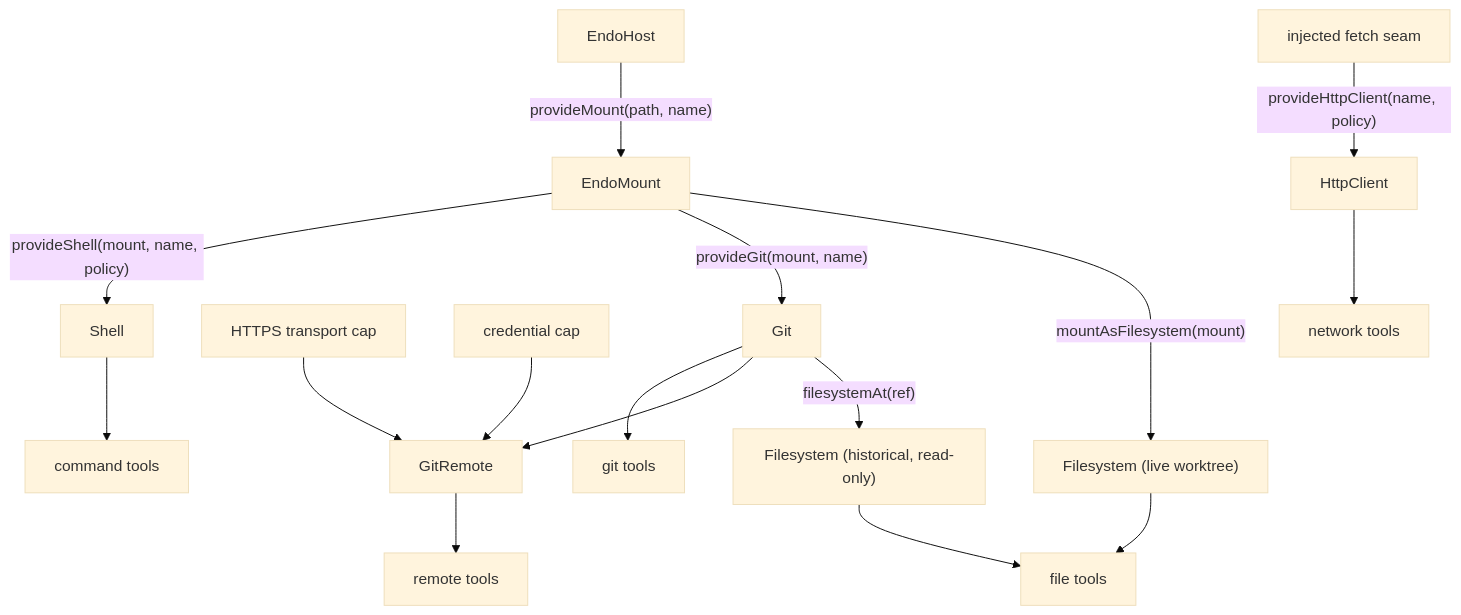
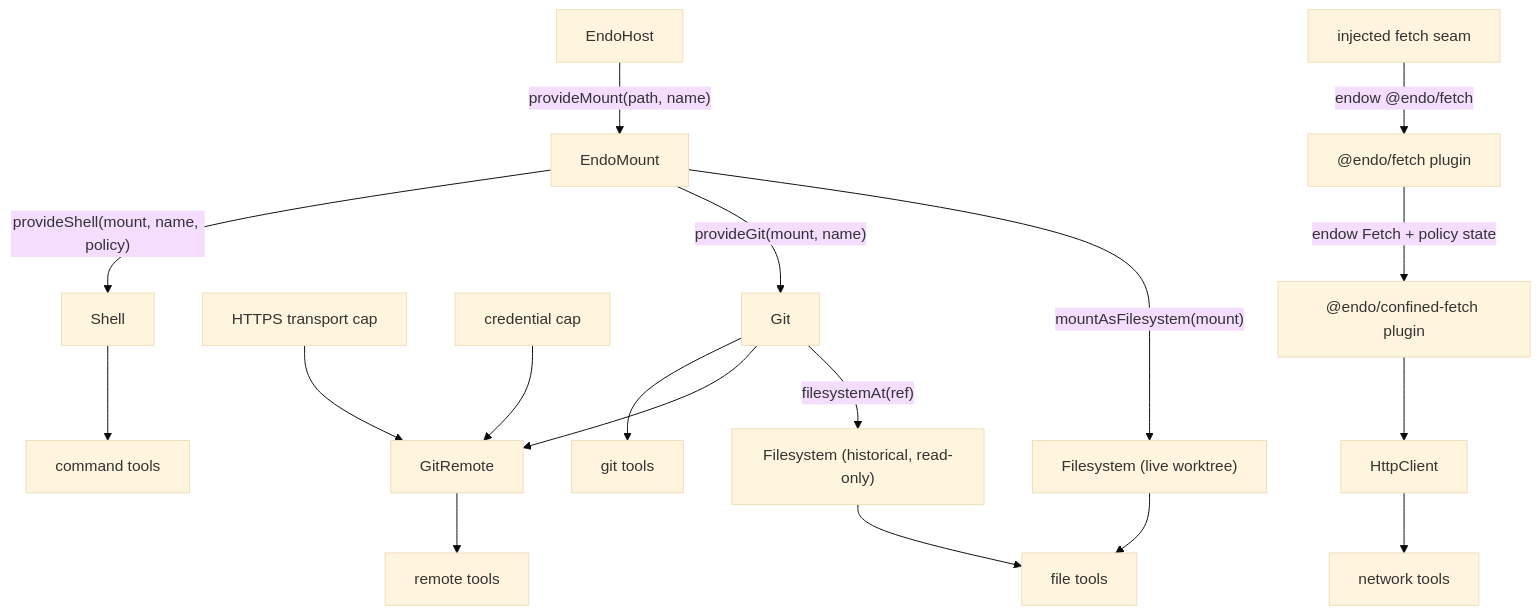
One commit to endojs/endo-but-for-bots changed the diagram in designs/daemon-agent-tools.md. Above: the diagram before and after it, drawn with Mermaid (base theme). The commit also changed other lines of this file and 1 other file, not shown here.

````diff
--- a/designs/daemon-agent-tools.md
+++ b/designs/daemon-agent-tools.md
@@ -149,18 +158,20 @@
 ```mermaid
 flowchart TD
   host["EndoHost"] -->|"provideMount(path, name)"| mount[EndoMount]
   mount -->|"mountAsFilesystem(mount)"| fs["Filesystem (live worktree)"]
   mount -->|"provideGit(mount, name)"| git[Git]
   git -->|"filesystemAt(ref)"| hfs["Filesystem (historical, read-only)"]
   git --> remote[GitRemote]
   transport["HTTPS transport cap"] --> remote
   cred["credential cap"] --> remote
   mount -->|"provideShell(mount, name, policy)"| shell[Shell]
-  fetchSeam["injected fetch seam"] -->|"provideHttpClient(name, policy)"| http[HttpClient]
+  fetchSeam["injected fetch seam"] -->|"endow @endo/fetch"| fetchPlugin["@endo/fetch plugin"]
+  fetchPlugin -->|"endow Fetch + policy state"| confinedFetch["@endo/confined-fetch plugin"]
+  confinedFetch --> http[HttpClient]
   fs --> ftools["file tools"]
   hfs --> ftools
   git --> gtools["git tools"]
   remote --> rtools["remote tools"]
   shell --> stools["command tools"]
   http --> htools["network tools"]
 ```
````
